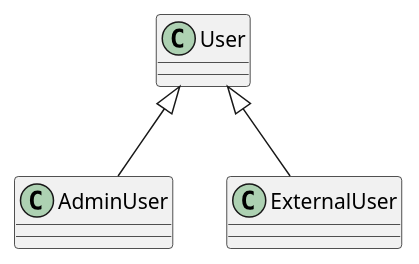
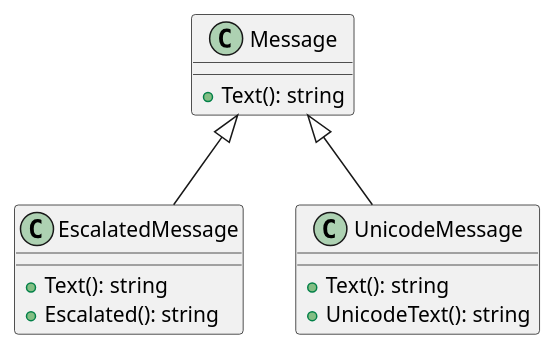
One commit to hsro-inf-prg3/hsro-inf-prg3.github.io changed the first of 2 diagrams in assets/mixin-diamond.plantuml. Above: the diagram before and after it, drawn with PlantUML. The commit also changed other lines of this file and 8 other files, not shown here.

```diff
--- a/assets/mixin-diamond.plantuml
+++ b/assets/mixin-diamond.plantuml
@@ -1,15 +1,18 @@
 @startuml mixin-diamond-1
 
-class User {
+class Message {
+	+Text(): string
 }
 
-class AdminUser extends User {
-	
+class EscalatedMessage extends Message {
+	+Text(): string
+	+Escalated(): string
 }
 
-class ExternalUser extends User {
-	
+class UnicodeMessage extends Message {
+	+Text(): string
+	+UnicodeText(): string
 }
 
 
 @enduml
```
